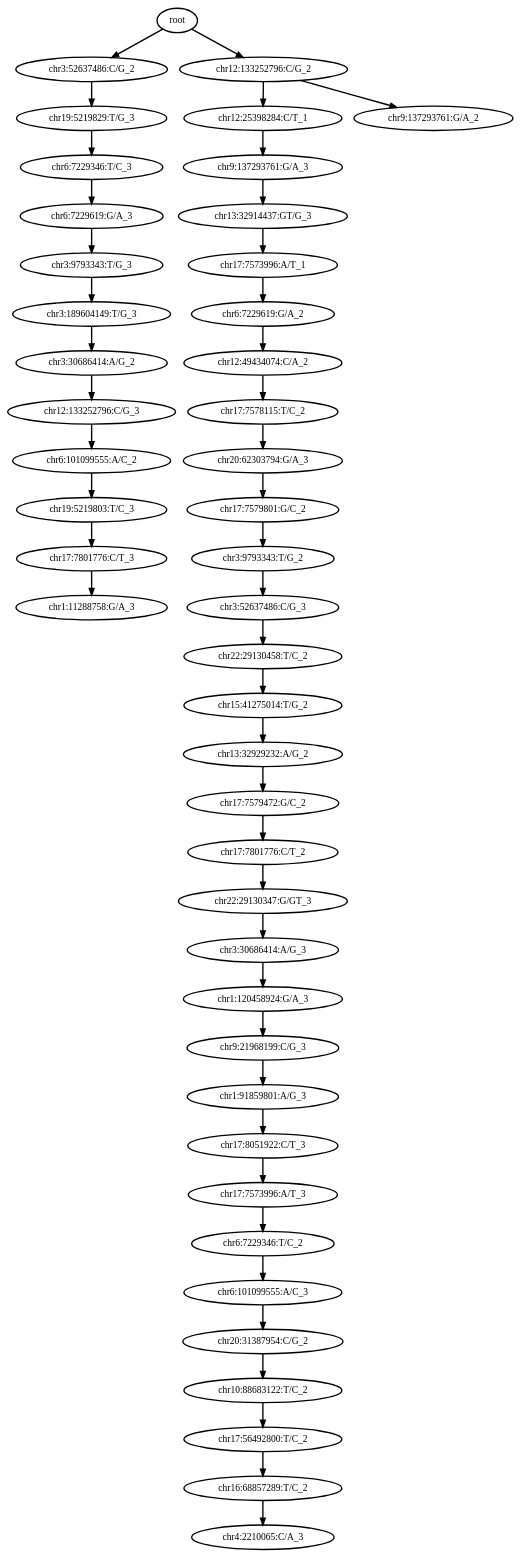
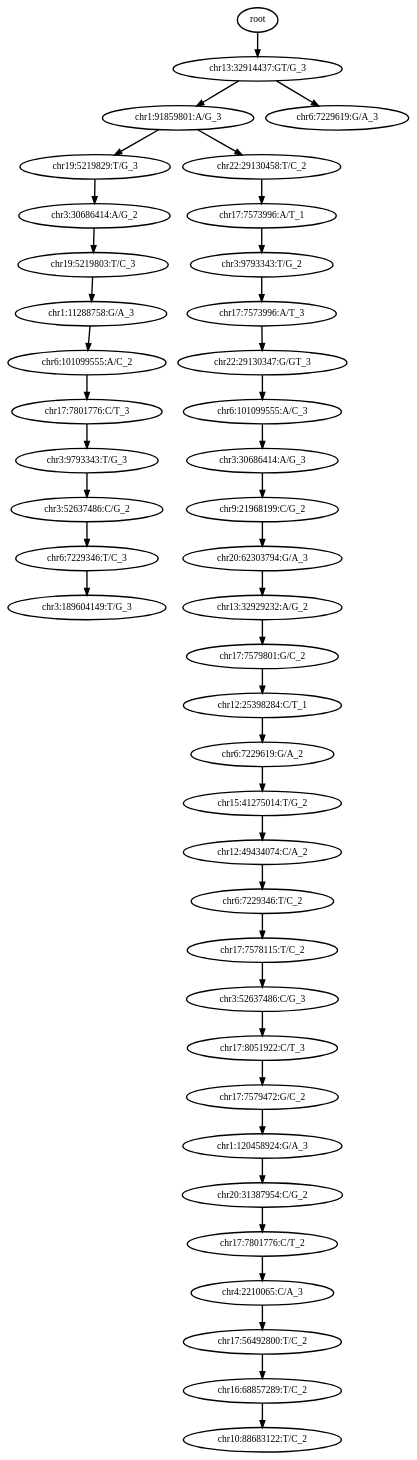
The diagram in 0_condor_pipeline/condor_outputs/BPA-2/out_tree_without_cells.dot (haochenz96/Tapestri_main_manuscript_analysis), drawn with Graphviz before and after one commit. The commit also changed 104 other files, not shown here.

```diff
--- a/0_condor_pipeline/condor_outputs/BPA-2/out_tree_without_cells.dot
+++ b/0_condor_pipeline/condor_outputs/BPA-2/out_tree_without_cells.dot
@@ -1,93 +1,85 @@
 digraph N {
 	overlap="false"
 	rankdir="TB"
 	0 [label="root", style="bold"];
-	1 [label="chr3:52637486:C/G_2", style="bold"];
-	2 [label="chr19:5219829:T/G_3", style="bold"];
-	3 [label="chr6:7229346:T/C_3", style="bold"];
-	4 [label="chr6:7229619:G/A_3", style="bold"];
-	5 [label="chr3:9793343:T/G_3", style="bold"];
-	6 [label="chr3:189604149:T/G_3", style="bold"];
-	7 [label="chr3:30686414:A/G_2", style="bold"];
-	8 [label="chr12:133252796:C/G_3", style="bold"];
-	9 [label="chr6:101099555:A/C_2", style="bold"];
-	10 [label="chr19:5219803:T/C_3", style="bold"];
-	11 [label="chr17:7801776:C/T_3", style="bold"];
-	12 [label="chr1:11288758:G/A_3", style="bold"];
-	13 [label="chr12:133252796:C/G_2", style="bold"];
-	14 [label="chr12:25398284:C/T_1", style="bold"];
-	15 [label="chr9:137293761:G/A_3", style="bold"];
-	16 [label="chr13:32914437:GT/G_3", style="bold"];
-	17 [label="chr17:7573996:A/T_1", style="bold"];
-	18 [label="chr6:7229619:G/A_2", style="bold"];
-	19 [label="chr12:49434074:C/A_2", style="bold"];
-	20 [label="chr17:7578115:T/C_2", style="bold"];
+	1 [label="chr13:32914437:GT/G_3", style="bold"];
+	2 [label="chr1:91859801:A/G_3", style="bold"];
+	3 [label="chr19:5219829:T/G_3", style="bold"];
+	4 [label="chr3:30686414:A/G_2", style="bold"];
+	5 [label="chr19:5219803:T/C_3", style="bold"];
+	6 [label="chr1:11288758:G/A_3", style="bold"];
+	7 [label="chr6:101099555:A/C_2", style="bold"];
+	8 [label="chr17:7801776:C/T_3", style="bold"];
+	9 [label="chr3:9793343:T/G_3", style="bold"];
+	10 [label="chr3:52637486:C/G_2", style="bold"];
+	11 [label="chr6:7229346:T/C_3", style="bold"];
+	12 [label="chr3:189604149:T/G_3", style="bold"];
+	13 [label="chr22:29130458:T/C_2", style="bold"];
+	14 [label="chr17:7573996:A/T_1", style="bold"];
+	15 [label="chr3:9793343:T/G_2", style="bold"];
+	16 [label="chr17:7573996:A/T_3", style="bold"];
+	17 [label="chr22:29130347:G/GT_3", style="bold"];
+	18 [label="chr6:101099555:A/C_3", style="bold"];
+	19 [label="chr3:30686414:A/G_3", style="bold"];
+	20 [label="chr9:21968199:C/G_2", style="bold"];
 	21 [label="chr20:62303794:G/A_3", style="bold"];
-	22 [label="chr17:7579801:G/C_2", style="bold"];
-	23 [label="chr3:9793343:T/G_2", style="bold"];
-	24 [label="chr3:52637486:C/G_3", style="bold"];
-	25 [label="chr22:29130458:T/C_2", style="bold"];
+	22 [label="chr13:32929232:A/G_2", style="bold"];
+	23 [label="chr17:7579801:G/C_2", style="bold"];
+	24 [label="chr12:25398284:C/T_1", style="bold"];
+	25 [label="chr6:7229619:G/A_2", style="bold"];
 	26 [label="chr15:41275014:T/G_2", style="bold"];
-	27 [label="chr13:32929232:A/G_2", style="bold"];
-	28 [label="chr17:7579472:G/C_2", style="bold"];
-	29 [label="chr17:7801776:C/T_2", style="bold"];
-	30 [label="chr22:29130347:G/GT_3", style="bold"];
-	31 [label="chr3:30686414:A/G_3", style="bold"];
-	32 [label="chr1:120458924:G/A_3", style="bold"];
-	33 [label="chr9:21968199:C/G_3", style="bold"];
-	34 [label="chr1:91859801:A/G_3", style="bold"];
-	35 [label="chr17:8051922:C/T_3", style="bold"];
-	36 [label="chr17:7573996:A/T_3", style="bold"];
-	37 [label="chr6:7229346:T/C_2", style="bold"];
-	38 [label="chr6:101099555:A/C_3", style="bold"];
-	39 [label="chr20:31387954:C/G_2", style="bold"];
-	40 [label="chr10:88683122:T/C_2", style="bold"];
-	41 [label="chr17:56492800:T/C_2", style="bold"];
-	42 [label="chr16:68857289:T/C_2", style="bold"];
-	43 [label="chr4:2210065:C/A_3", style="bold"];
-	44 [label="chr9:137293761:G/A_2", style="bold"];
+	27 [label="chr12:49434074:C/A_2", style="bold"];
+	28 [label="chr6:7229346:T/C_2", style="bold"];
+	29 [label="chr17:7578115:T/C_2", style="bold"];
+	30 [label="chr3:52637486:C/G_3", style="bold"];
+	31 [label="chr17:8051922:C/T_3", style="bold"];
+	32 [label="chr17:7579472:G/C_2", style="bold"];
+	33 [label="chr1:120458924:G/A_3", style="bold"];
+	34 [label="chr20:31387954:C/G_2", style="bold"];
+	35 [label="chr17:7801776:C/T_2", style="bold"];
+	36 [label="chr4:2210065:C/A_3", style="bold"];
+	37 [label="chr17:56492800:T/C_2", style="bold"];
+	38 [label="chr16:68857289:T/C_2", style="bold"];
+	39 [label="chr10:88683122:T/C_2", style="bold"];
+	40 [label="chr6:7229619:G/A_3", style="bold"];
 	0 -> 1 [style="bold"];
-	0 -> 13 [style="bold"];
 	1 -> 2 [style="bold"];
+	1 -> 40 [style="bold"];
 	2 -> 3 [style="bold"];
+	2 -> 13 [style="bold"];
 	3 -> 4 [style="bold"];
 	4 -> 5 [style="bold"];
 	5 -> 6 [style="bold"];
 	6 -> 7 [style="bold"];
 	7 -> 8 [style="bold"];
 	8 -> 9 [style="bold"];
 	9 -> 10 [style="bold"];
 	10 -> 11 [style="bold"];
 	11 -> 12 [style="bold"];
 	13 -> 14 [style="bold"];
-	13 -> 44 [style="bold"];
 	14 -> 15 [style="bold"];
 	15 -> 16 [style="bold"];
 	16 -> 17 [style="bold"];
 	17 -> 18 [style="bold"];
 	18 -> 19 [style="bold"];
 	19 -> 20 [style="bold"];
 	20 -> 21 [style="bold"];
 	21 -> 22 [style="bold"];
 	22 -> 23 [style="bold"];
 	23 -> 24 [style="bold"];
 	24 -> 25 [style="bold"];
 	25 -> 26 [style="bold"];
 	26 -> 27 [style="bold"];
 	27 -> 28 [style="bold"];
 	28 -> 29 [style="bold"];
 	29 -> 30 [style="bold"];
 	30 -> 31 [style="bold"];
 	31 -> 32 [style="bold"];
 	32 -> 33 [style="bold"];
 	33 -> 34 [style="bold"];
 	34 -> 35 [style="bold"];
 	35 -> 36 [style="bold"];
 	36 -> 37 [style="bold"];
 	37 -> 38 [style="bold"];
 	38 -> 39 [style="bold"];
-	39 -> 40 [style="bold"];
-	40 -> 41 [style="bold"];
-	41 -> 42 [style="bold"];
-	42 -> 43 [style="bold"];
 }
```
